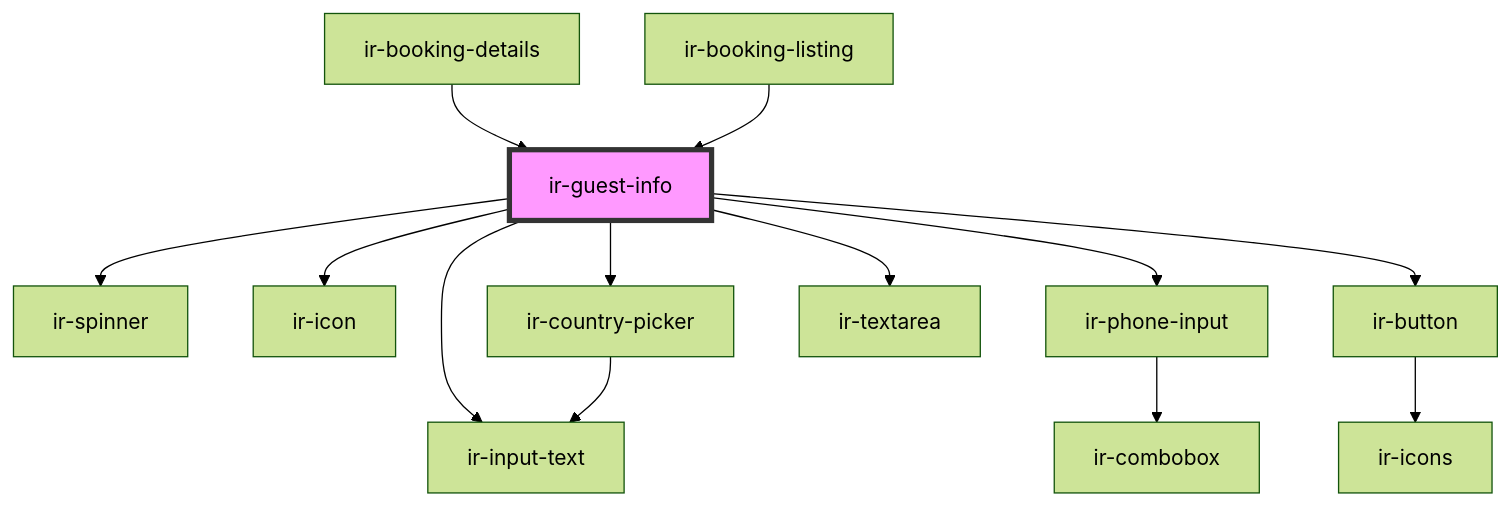
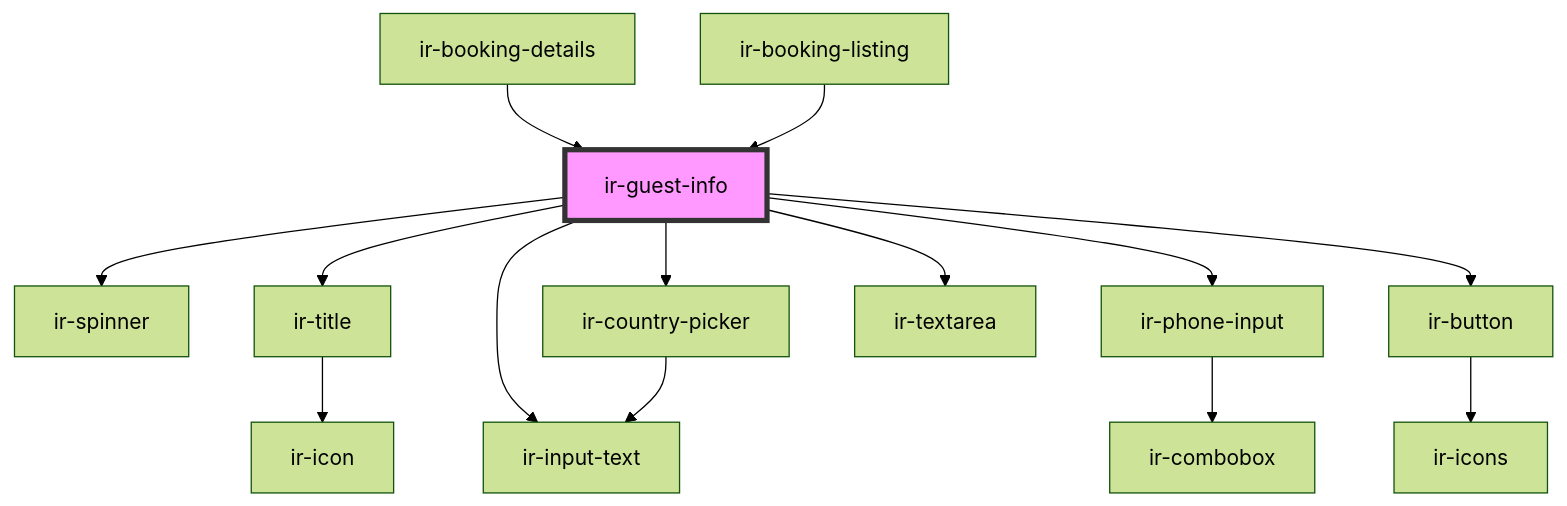
The diagram in src/components/ir-guest-info/readme.md (David1Chowaifaty/modified-ir-webcmp), drawn with Mermaid (forest theme) before and after one commit. The commit also changed other lines of this file and 46 other files, not shown here.

````diff
--- a/src/components/ir-guest-info/readme.md
+++ b/src/components/ir-guest-info/readme.md
@@ -46,16 +46,17 @@
 ```mermaid
 graph TD;
   ir-guest-info --> ir-spinner
-  ir-guest-info --> ir-icon
+  ir-guest-info --> ir-title
   ir-guest-info --> ir-input-text
   ir-guest-info --> ir-country-picker
   ir-guest-info --> ir-phone-input
   ir-guest-info --> ir-textarea
   ir-guest-info --> ir-button
+  ir-title --> ir-icon
   ir-country-picker --> ir-input-text
   ir-phone-input --> ir-combobox
   ir-button --> ir-icons
   ir-booking-details --> ir-guest-info
   ir-booking-listing --> ir-guest-info
   style ir-guest-info fill:#f9f,stroke:#333,stroke-width:4px
 ```
````
